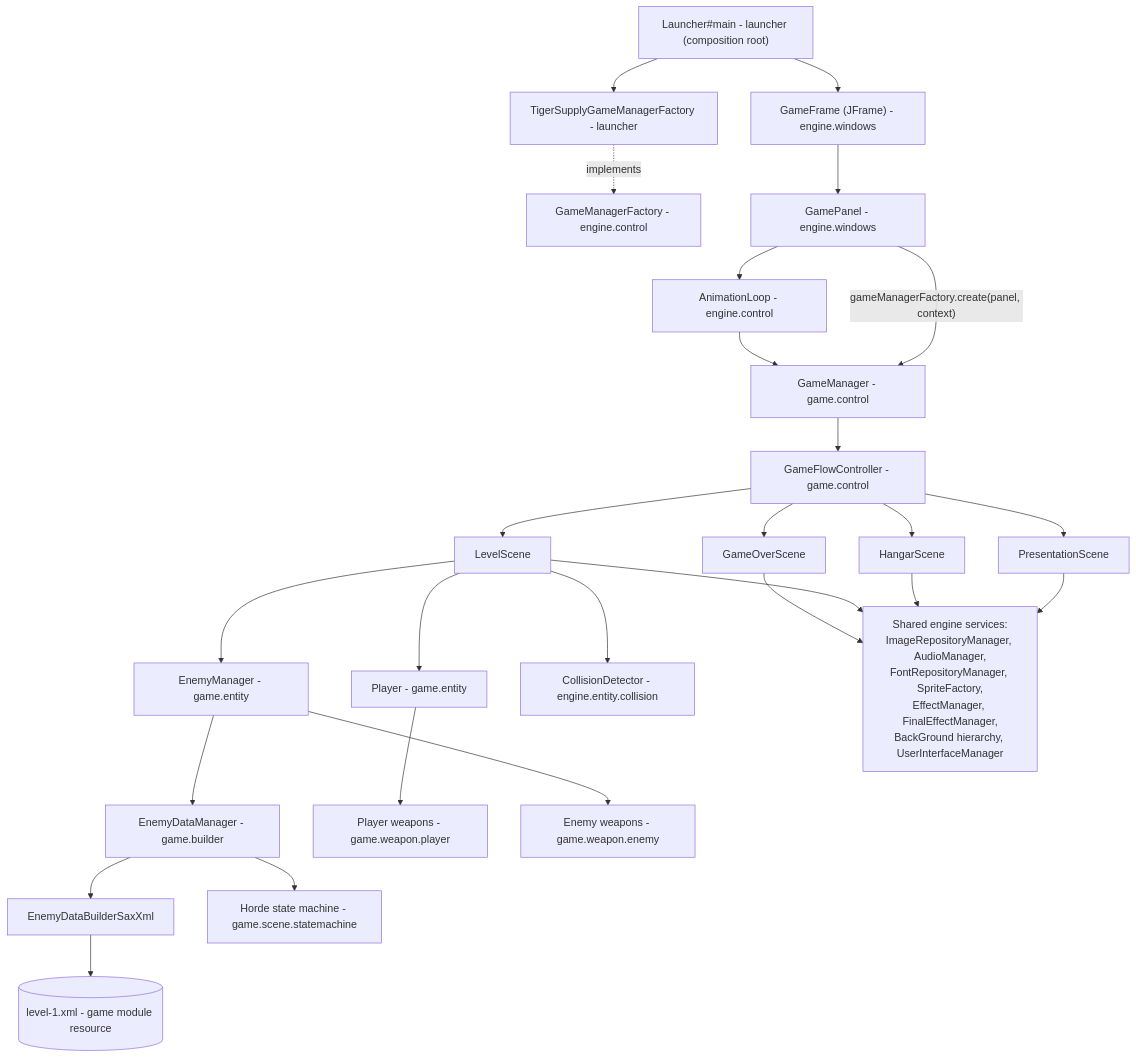
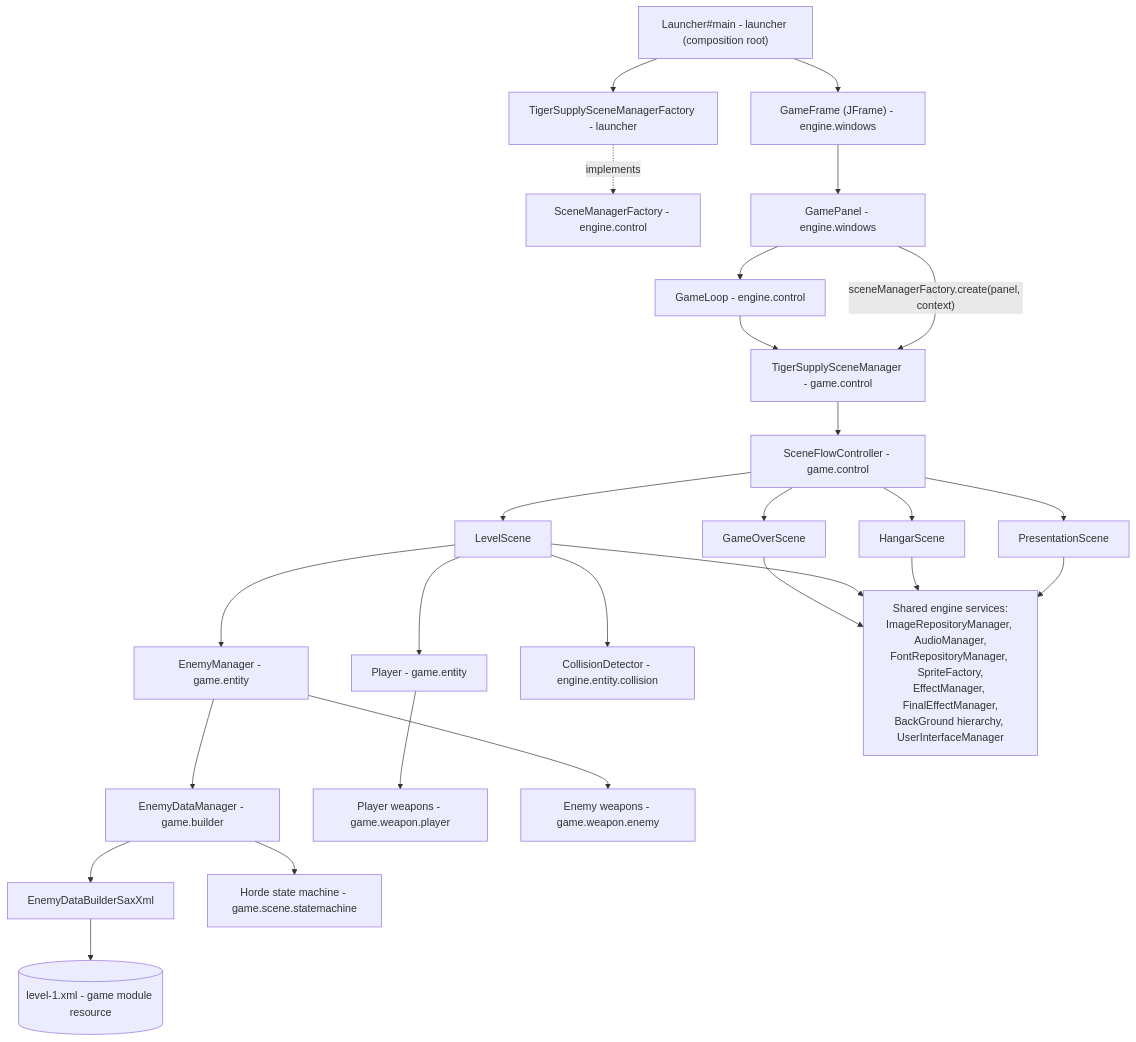
Before and after one commit to alesky78/TigerSupply: the first of 2 diagrams in documentation/architecture/system-overview/architecture.md, drawn with Mermaid. The commit also changed other lines of this file and 56 other files, not shown here.

First line of the commit message:
refactor: rename game control abstractions to scene abstractions

````diff
--- a/documentation/architecture/system-overview/architecture.md
+++ b/documentation/architecture/system-overview/architecture.md
@@ -29,32 +29,32 @@
 ```mermaid
 flowchart TB
     Launcher["Launcher#main - launcher (composition root)"] --> Frame["GameFrame (JFrame) - engine.windows"]
-    Launcher --> Factory["TigerSupplyGameManagerFactory - launcher"]
-    Factory -.implements.-> FactoryIf["GameManagerFactory - engine.control"]
+    Launcher --> Factory["TigerSupplySceneManagerFactory - launcher"]
+    Factory -.implements.-> FactoryIf["SceneManagerFactory - engine.control"]
     Frame --> Panel["GamePanel - engine.windows"]
-    Panel --> Loop["AnimationLoop - engine.control"]
-    Panel -->|"gameManagerFactory.create(panel, context)"| GM["GameManager - game.control"]
+    Panel --> Loop["GameLoop - engine.control"]
+    Panel -->|"sceneManagerFactory.create(panel, context)"| GM["TigerSupplySceneManager - game.control"]
     Loop --> GM
-    GM --> GFC["GameFlowController - game.control"]
+    GM --> GFC["SceneFlowController - game.control"]
     GFC --> Presentation["PresentationScene"]
     GFC --> Hangar["HangarScene"]
     GFC --> Level["LevelScene"]
     GFC --> GameOver["GameOverScene"]
 
     Level --> PlayerE["Player - game.entity"]
     Level --> EnemyMgr["EnemyManager - game.entity"]
     Level --> Collision["CollisionDetector - engine.entity.collision"]
     EnemyMgr --> DataMgr["EnemyDataManager - game.builder"]
     DataMgr --> SaxBuilder["EnemyDataBuilderSaxXml"]
     SaxBuilder --> LevelXML[("level-1.xml - game module resource")]
     DataMgr --> HordeSM["Horde state machine - game.scene.statemachine"]
 
     PlayerE --> PlayerWeapons["Player weapons - game.weapon.player"]
     EnemyMgr --> EnemyWeapons["Enemy weapons - game.weapon.enemy"]
 
     Presentation --> Assets
     Hangar --> Assets
     Level --> Assets
     GameOver --> Assets
     Assets["Shared engine services:\nImageRepositoryManager, AudioManager,\nFontRepositoryManager, SpriteFactory,\nEffectManager, FinalEffectManager,\nBackGround hierarchy, UserInterfaceManager"]
 ```
````
